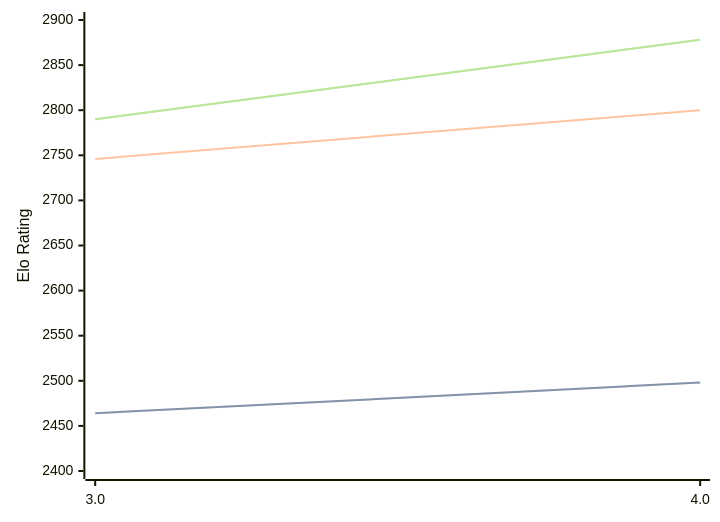
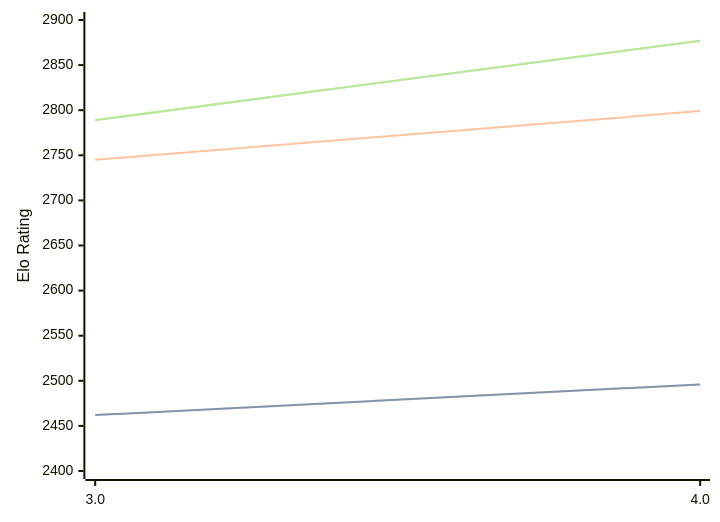
The diagram in engines/Chess3.md (computer-chess-index/cci), drawn with Mermaid before and after one commit. The commit also changed other lines of this file, not shown here.

Commit message:
Update CCI Ratings (ELO VLTC) - 2026-06-07

````diff
--- a/engines/Chess3.md
+++ b/engines/Chess3.md
@@ -34,11 +34,11 @@
 ```mermaid
 %%{init: {"theme":"base","themeVariables":{"seriesColors:['#a3a3a3','#222221','#faa371']}}}%%
 xychart-beta
   x-axis ["3.0", "4.0"]
   y-axis "Elo Rating" 2400 --> 2900
-  line "STC (8.0+0.08s)" [2464, 2498]
-  line "STC (8.0+0.08s)" [2464, 2498]
-  line "LTC (60.0+0.60s)" [2746, 2800]
-  line "VLTC (2m24s+1.12s)" [2790, 2878]
-  line "VLTC (2m24s+1.12s)" [2790, 2878]
+  line "STC (8.0+0.08s)" [2462, 2496]
+  line "STC (8.0+0.08s)" [2462, 2496]
+  line "LTC (60.0+0.60s)" [2745, 2799]
+  line "VLTC (2m24s+1.12s)" [2789, 2877]
+  line "VLTC (2m24s+1.12s)" [2789, 2877]
 ```
````
